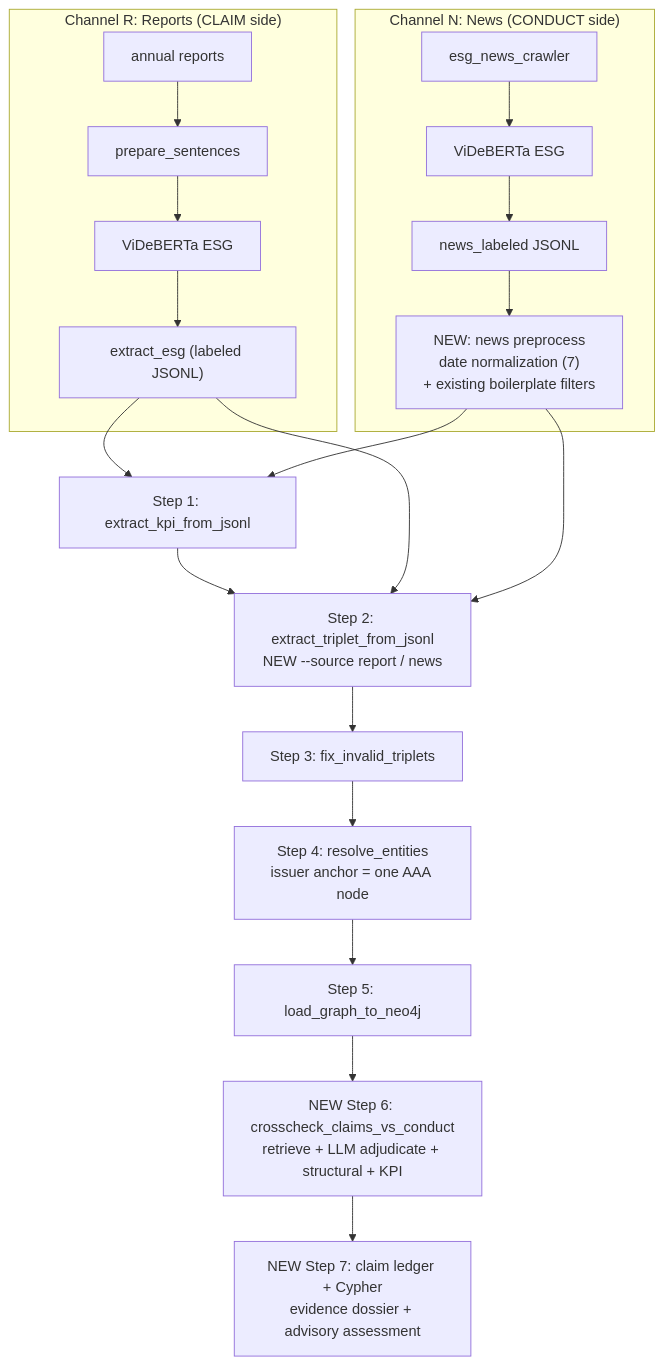
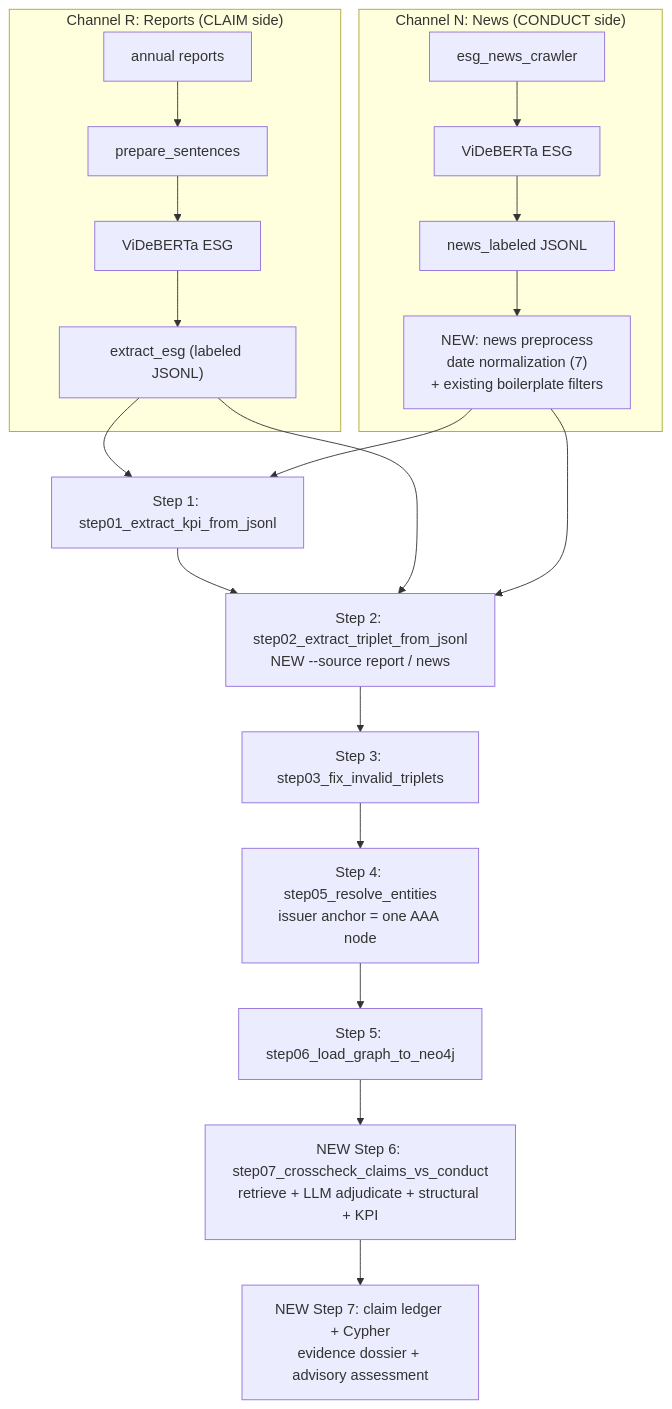
One commit to TranBaDat2607/capstone_test1 changed the diagram in docs/SYSTEM_DESIGN.md. Above: the diagram before and after it, drawn with Mermaid. The commit also changed other lines of this file and 25 other files, not shown here.

````diff
--- a/docs/SYSTEM_DESIGN.md
+++ b/docs/SYSTEM_DESIGN.md
@@ -218,21 +218,21 @@
 ```mermaid
 flowchart TD
     subgraph R["Channel R: Reports (CLAIM side)"]
       R1["annual reports"] --> R2["prepare_sentences"] --> R3["ViDeBERTa ESG"] --> R4["extract_esg (labeled JSONL)"]
     end
     subgraph N["Channel N: News (CONDUCT side)"]
       N1["esg_news_crawler"] --> N2["ViDeBERTa ESG"] --> N3["news_labeled JSONL"]
       N3 --> N4["NEW: news preprocess<br/>date normalization (7)<br/>+ existing boilerplate filters"]
     end
 
-    R4 --> S1["Step 1: extract_kpi_from_jsonl"]
+    R4 --> S1["Step 1: step01_extract_kpi_from_jsonl"]
     N4 --> S1
-    S1 --> S2["Step 2: extract_triplet_from_jsonl<br/>NEW --source report / news"]
+    S1 --> S2["Step 2: step02_extract_triplet_from_jsonl<br/>NEW --source report / news"]
     R4 --> S2
     N4 --> S2
-    S2 --> S3["Step 3: fix_invalid_triplets"]
-    S3 --> S4["Step 4: resolve_entities<br/>issuer anchor = one AAA node"]
-    S4 --> S5["Step 5: load_graph_to_neo4j"]
-    S5 --> S6["NEW Step 6: crosscheck_claims_vs_conduct<br/>retrieve + LLM adjudicate + structural + KPI"]
+    S2 --> S3["Step 3: step03_fix_invalid_triplets"]
+    S3 --> S4["Step 4: step05_resolve_entities<br/>issuer anchor = one AAA node"]
+    S4 --> S5["Step 5: step06_load_graph_to_neo4j"]
+    S5 --> S6["NEW Step 6: step07_crosscheck_claims_vs_conduct<br/>retrieve + LLM adjudicate + structural + KPI"]
     S6 --> S7["NEW Step 7: claim ledger + Cypher<br/>evidence dossier + advisory assessment"]
 ```
````
